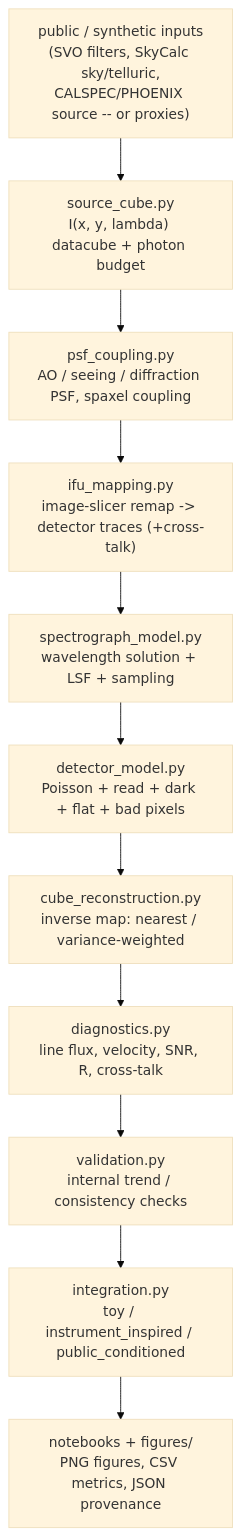
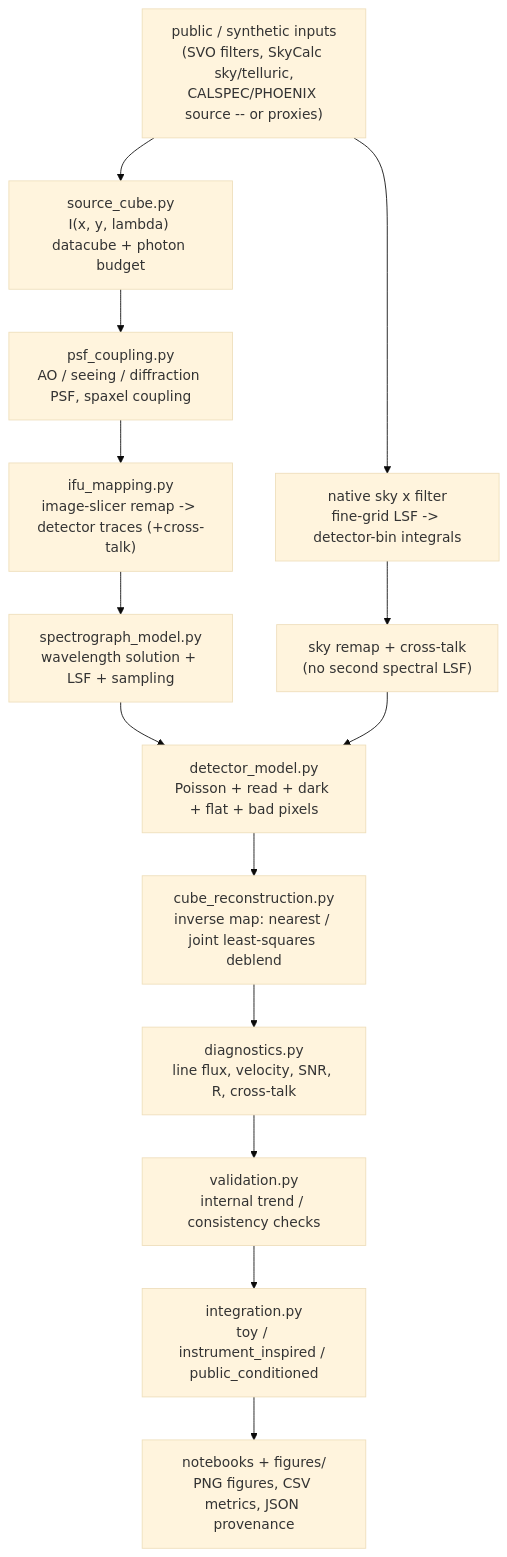
One commit to xhvoid/AO-Fed-IFU-Spectrograph-Simulation changed the diagram in docs/architecture.md. Above: the diagram before and after it, drawn with Mermaid (base theme). The commit also changed other lines of this file and 121 other files, not shown here.

````diff
--- a/docs/architecture.md
+++ b/docs/architecture.md
@@ -10,14 +10,17 @@
 ```mermaid
 flowchart TD
     A["public / synthetic inputs<br/>(SVO filters, SkyCalc sky/telluric,<br/>CALSPEC/PHOENIX source -- or proxies)"] --> B
     B["source_cube.py<br/>I(x, y, lambda) datacube + photon budget"] --> C
     C["psf_coupling.py<br/>AO / seeing / diffraction PSF, spaxel coupling"] --> D
     D["ifu_mapping.py<br/>image-slicer remap -> detector traces (+cross-talk)"] --> E
     E["spectrograph_model.py<br/>wavelength solution + LSF + sampling"] --> F
+    A --> S["native sky x filter<br/>fine-grid LSF -> detector-bin integrals"]
+    S --> T["sky remap + cross-talk<br/>(no second spectral LSF)"]
+    T --> F
     F["detector_model.py<br/>Poisson + read + dark + flat + bad pixels"] --> G
-    G["cube_reconstruction.py<br/>inverse map: nearest / variance-weighted"] --> H
+    G["cube_reconstruction.py<br/>inverse map: nearest / joint least-squares deblend"] --> H
     H["diagnostics.py<br/>line flux, velocity, SNR, R, cross-talk"] --> I
     I["validation.py<br/>internal trend / consistency checks"] --> J
     J["integration.py<br/>toy / instrument_inspired / public_conditioned"] --> K
     K["notebooks + figures/<br/>PNG figures, CSV metrics, JSON provenance"]
 ```
````
